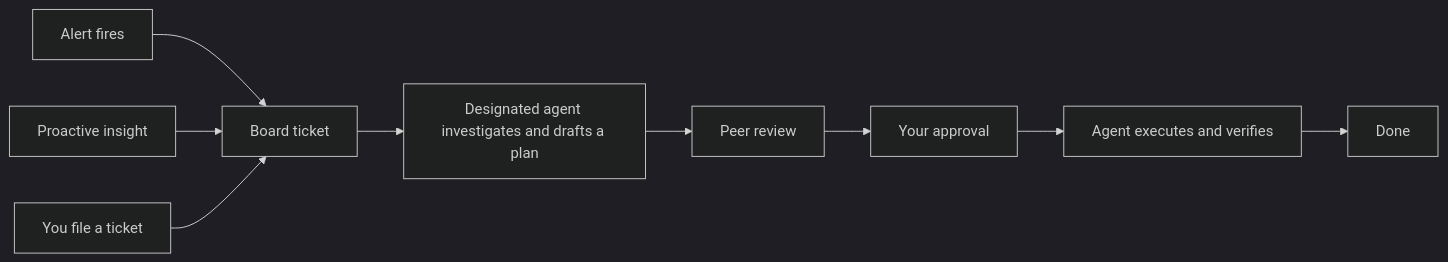
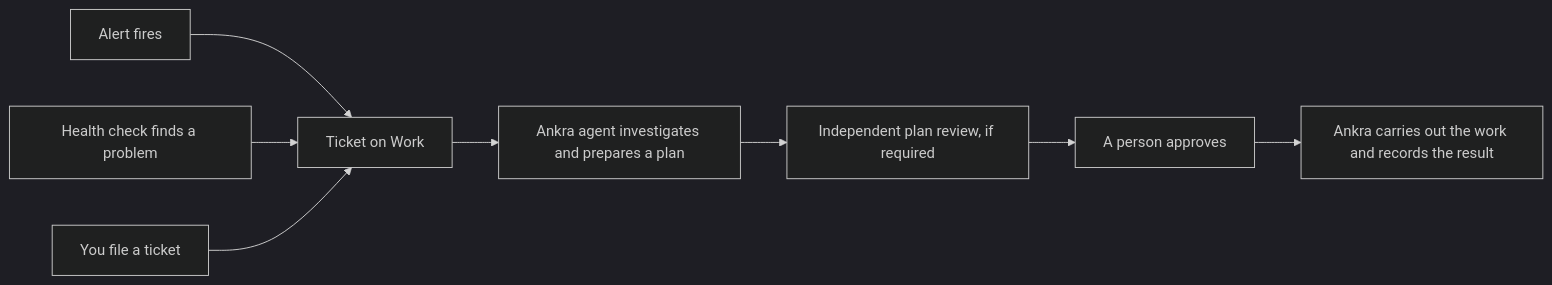
The diagram in platform/ai-overview.mdx (ankraio/ankra-docs), drawn with Mermaid (dark theme) before and after one commit. The commit also changed other lines of this file and 27 other files, not shown here.

First line of the commit message:
docs(ai): Ankra AI on the portal as served - the menu, watching, tickets, agent runs, the gateway, code review, canvases (ankra-4xh2sn.5.8)

````diff
--- a/platform/ai-overview.mdx
+++ b/platform/ai-overview.mdx
@@ -83,11 +139,10 @@
 ```mermaid
 flowchart LR
-    A[Alert fires] --> T[Board ticket]
-    I[Proactive insight] --> T
+    A[Alert fires] --> T[Ticket on Work]
+    I[Health check finds a problem] --> T
     H[You file a ticket] --> T
-    T --> W[Designated agent investigates and drafts a plan]
-    W --> R[Peer review]
-    R --> P[Your approval]
-    P --> E[Agent executes and verifies]
-    E --> D[Done]
+    T --> W[Ankra agent investigates and prepares a plan]
+    W --> R[Independent plan review, if required]
+    R --> P[A person approves]
+    P --> E[Ankra carries out the work and records the result]
 ```
````
